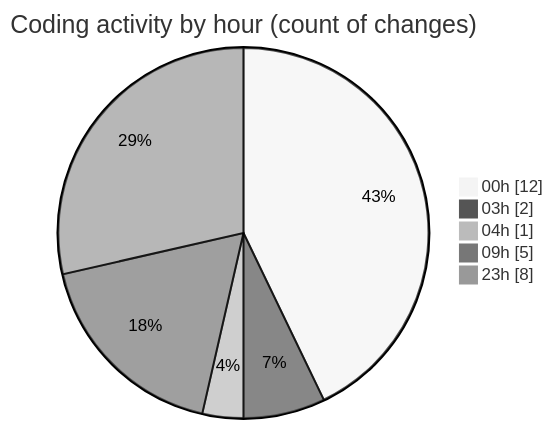
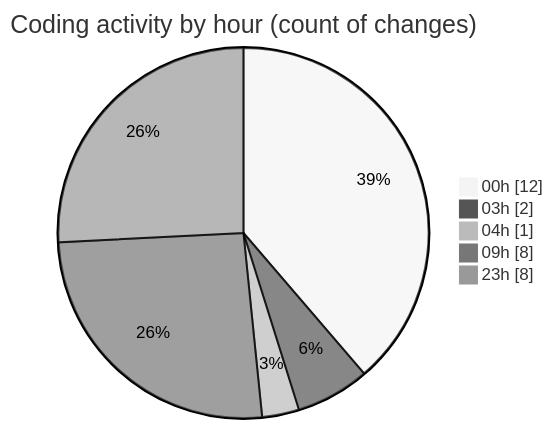
The second of 2 diagrams in 2025-11-18/cdp_aleoudev_fr__workspace_/README.md (julien-gomy/code-tracking), drawn with Mermaid (neutral theme) before and after one commit. The commit also changed other lines of this file and 1 other file, not shown here.

````diff
--- a/2025-11-18/cdp_aleoudev_fr__workspace_/README.md
+++ b/2025-11-18/cdp_aleoudev_fr__workspace_/README.md
@@ -36,9 +37,9 @@
 ```mermaid
 pie showData
 title Coding activity by hour (count of changes)
 "00h" : 12
 "03h" : 2
 "04h" : 1
-"09h" : 5
+"09h" : 8
 "23h" : 8
 ```
````
